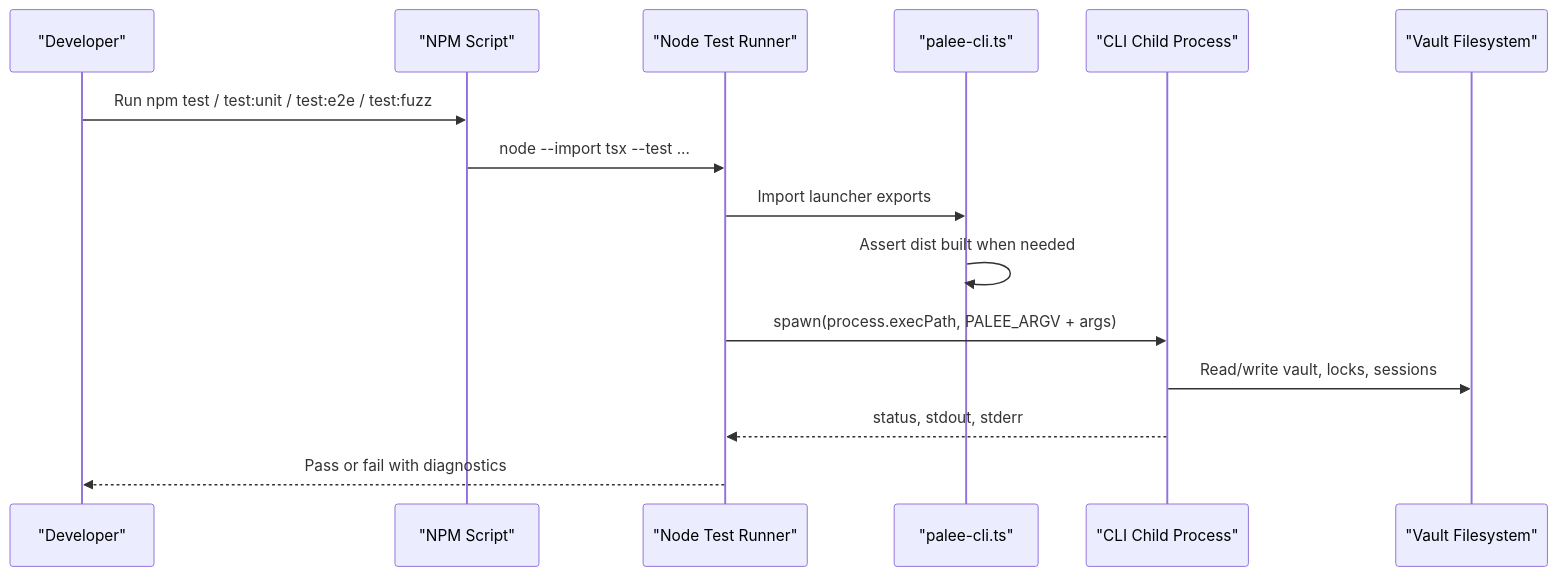
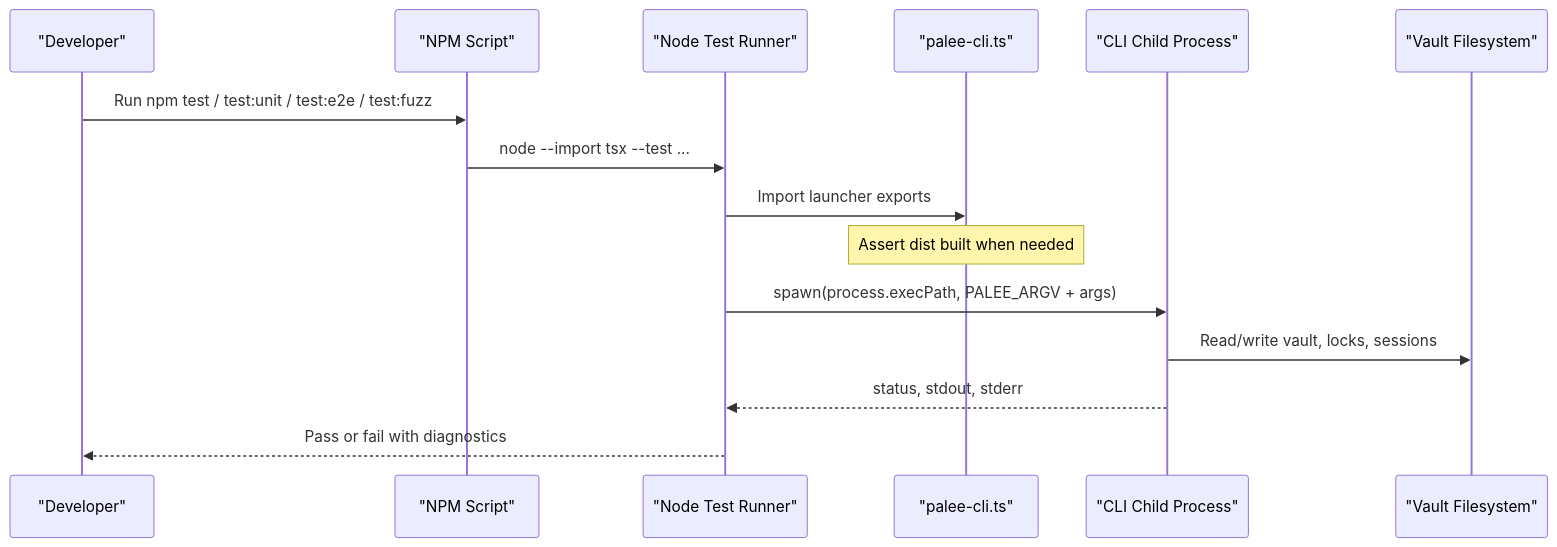
Before and after one commit to Kuldeep2822k/palee-architecture: the third of 7 diagrams in Testing Guide.md, drawn with Mermaid. The commit also changed other lines of this file and 76 other files, not shown here.

````diff
--- a/Testing Guide.md
+++ b/Testing Guide.md
@@ -157,18 +143,18 @@
 ```mermaid
 sequenceDiagram
   participant Dev as "Developer"
   participant NPM as "NPM Script"
   participant Runner as "Node Test Runner"
   participant Helper as "palee-cli.ts"
   participant Child as "CLI Child Process"
   participant FS as "Vault Filesystem"
 
   Dev->>NPM: Run npm test / test:unit / test:e2e / test:fuzz
   NPM->>Runner: node --import tsx --test ...
   Runner->>Helper: Import launcher exports
-  Helper->>Helper: Assert dist built when needed
+  Note over Helper: Assert dist built when needed
   Runner->>Child: spawn(process.execPath, PALEE_ARGV + args)
   Child->>FS: Read/write vault, locks, sessions
   Child-->>Runner: status, stdout, stderr
   Runner-->>Dev: Pass or fail with diagnostics
 ```
````
